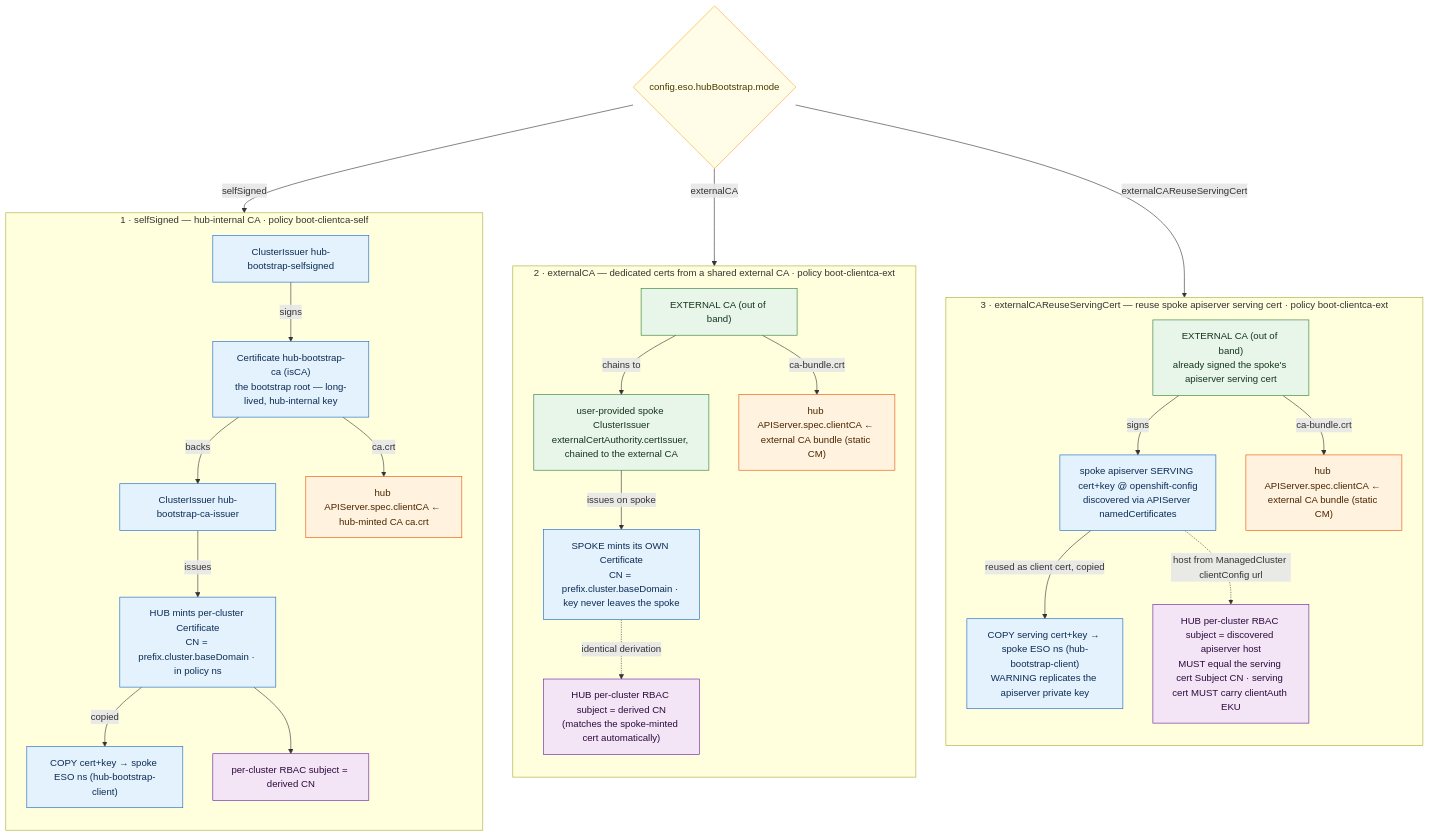
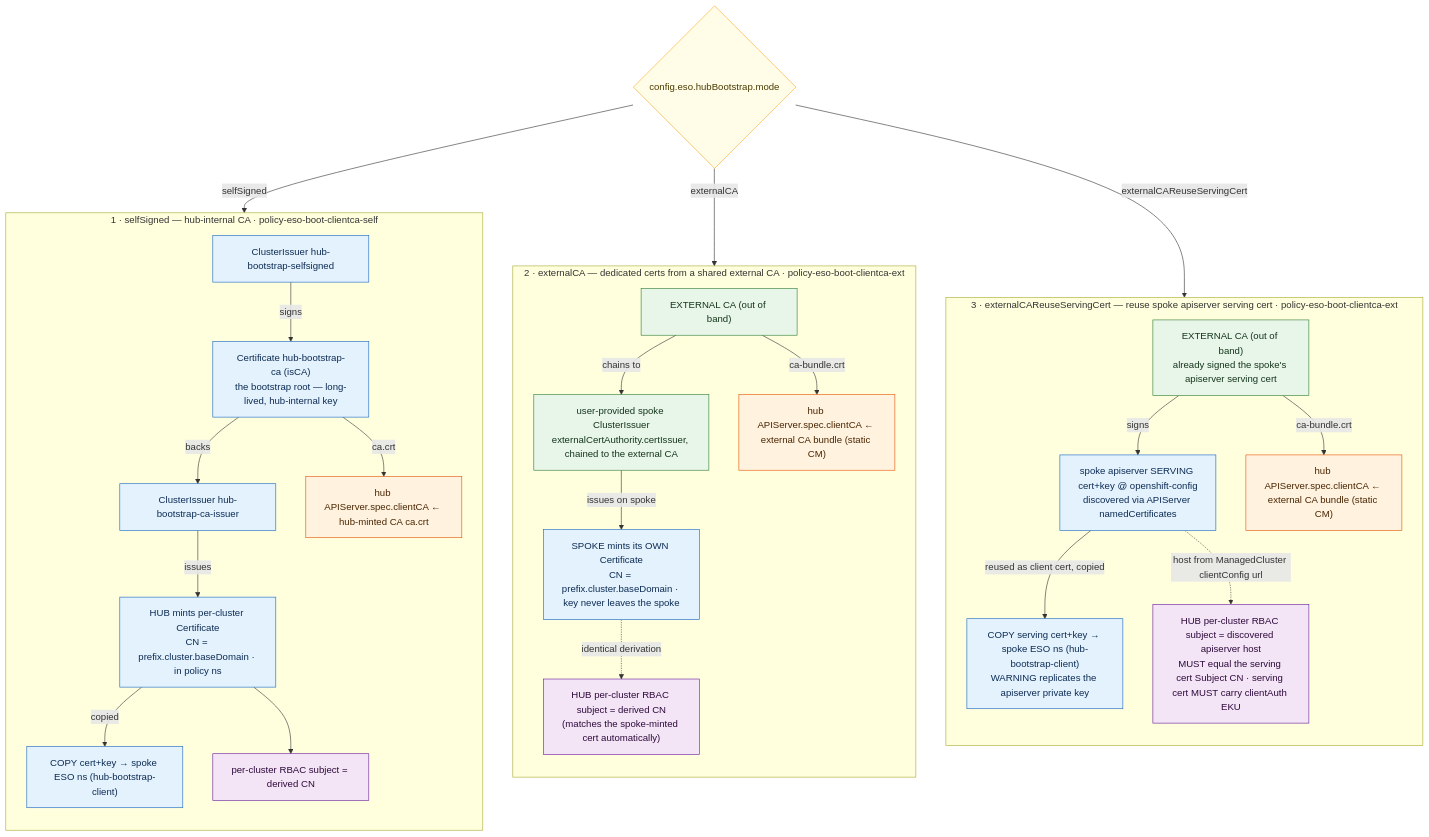
Before and after one commit to auto-shift/autoshiftv2: the third of 4 diagrams in policies/stable/external-secrets-operator/README.md, drawn with Mermaid. The commit also changed other lines of this file and 10 other files, not shown here.

````diff
--- a/policies/stable/external-secrets-operator/README.md
+++ b/policies/stable/external-secrets-operator/README.md
@@ -1052,52 +1058,52 @@
 ```mermaid
 flowchart TB
   classDef mint fill:#e3f2fd,stroke:#1565c0,color:#0d2c54;
   classDef ext  fill:#e8f5e9,stroke:#2e7d32,color:#14361b;
   classDef wire fill:#fff3e0,stroke:#e65100,color:#4a2500;
   classDef rbac fill:#f3e5f5,stroke:#6a1b9a,color:#2e0a3d;
   classDef dec  fill:#fffde7,stroke:#f9a825,color:#4a3b00;
 
   MODE{"config.eso.hubBootstrap.mode"}:::dec
 
-  subgraph M1["1 · selfSigned — hub-internal CA · policy boot-clientca-self"]
+  subgraph M1["1 · selfSigned — hub-internal CA · policy-eso-boot-clientca-self"]
     direction TB
     A1["ClusterIssuer hub-bootstrap-selfsigned"]:::mint
     A2["Certificate hub-bootstrap-ca (isCA)<br/>the bootstrap root — long-lived, hub-internal key"]:::mint
     A3["ClusterIssuer hub-bootstrap-ca-issuer"]:::mint
     A4["HUB mints per-cluster Certificate<br/>CN = prefix.cluster.baseDomain · in policy ns"]:::mint
     A5["COPY cert+key → spoke ESO ns (hub-bootstrap-client)"]:::mint
     AW["hub APIServer.spec.clientCA ← hub-minted CA ca.crt"]:::wire
     AR["per-cluster RBAC subject = derived CN"]:::rbac
     A1 -->|signs| A2 -->|backs| A3 -->|issues| A4 -->|copied| A5
     A2 -->|ca.crt| AW
     A4 --> AR
   end
 
-  subgraph M2["2 · externalCA — dedicated certs from a shared external CA · policy boot-clientca-ext"]
+  subgraph M2["2 · externalCA — dedicated certs from a shared external CA · policy-eso-boot-clientca-ext"]
     direction TB
     B0["EXTERNAL CA (out of band)"]:::ext
     B1["user-provided spoke ClusterIssuer<br/>externalCertAuthority.certIssuer, chained to the external CA"]:::ext
     B2["SPOKE mints its OWN Certificate<br/>CN = prefix.cluster.baseDomain · key never leaves the spoke"]:::mint
     BW["hub APIServer.spec.clientCA ← external CA bundle (static CM)"]:::wire
     BR["HUB per-cluster RBAC subject = derived CN<br/>(matches the spoke-minted cert automatically)"]:::rbac
     B0 -->|chains to| B1 -->|issues on spoke| B2
     B0 -->|ca-bundle.crt| BW
     B2 -. identical derivation .-> BR
   end
 
-  subgraph M3["3 · externalCAReuseServingCert — reuse spoke apiserver serving cert · policy boot-clientca-ext"]
+  subgraph M3["3 · externalCAReuseServingCert — reuse spoke apiserver serving cert · policy-eso-boot-clientca-ext"]
     direction TB
     C0["EXTERNAL CA (out of band)<br/>already signed the spoke's apiserver serving cert"]:::ext
     C1["spoke apiserver SERVING cert+key @ openshift-config<br/>discovered via APIServer namedCertificates"]:::mint
     C2["COPY serving cert+key → spoke ESO ns (hub-bootstrap-client)<br/>WARNING replicates the apiserver private key"]:::mint
     CW["hub APIServer.spec.clientCA ← external CA bundle (static CM)"]:::wire
     CR["HUB per-cluster RBAC subject = discovered apiserver host<br/>MUST equal the serving cert Subject CN · serving cert MUST carry clientAuth EKU"]:::rbac
     C0 -->|signs| C1 -->|reused as client cert, copied| C2
     C0 -->|ca-bundle.crt| CW
     C1 -. host from ManagedCluster clientConfig url .-> CR
   end
 
   MODE -->|selfSigned| M1
   MODE -->|externalCA| M2
   MODE -->|externalCAReuseServingCert| M3
 ```
````
